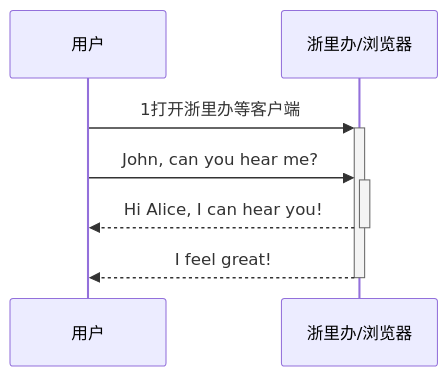
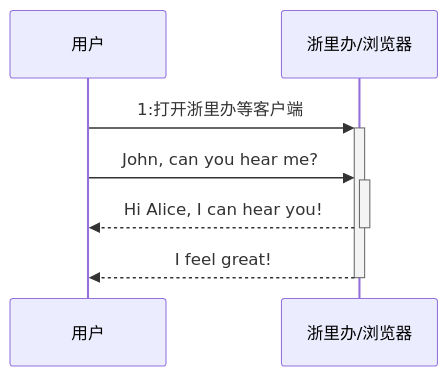
The diagram in all/居民端时序图.md (fifuntop/iodraw-files), drawn with Mermaid before and after one commit.

Commit message:
2024-03-14 14:43:05 update

````diff
--- a/all/居民端时序图.md
+++ b/all/居民端时序图.md
@@ -1,8 +1,8 @@
 ```mermaid
 sequenceDiagram
-    用户->>+浙里办/浏览器: 1打开浙里办等客户端
+    用户->>+浙里办/浏览器: 1:打开浙里办等客户端
     用户->>+浙里办/浏览器: John, can you hear me?
     浙里办/浏览器-->>-用户: Hi Alice, I can hear you!
     浙里办/浏览器-->>-用户: I feel great!
             
 ```
````
